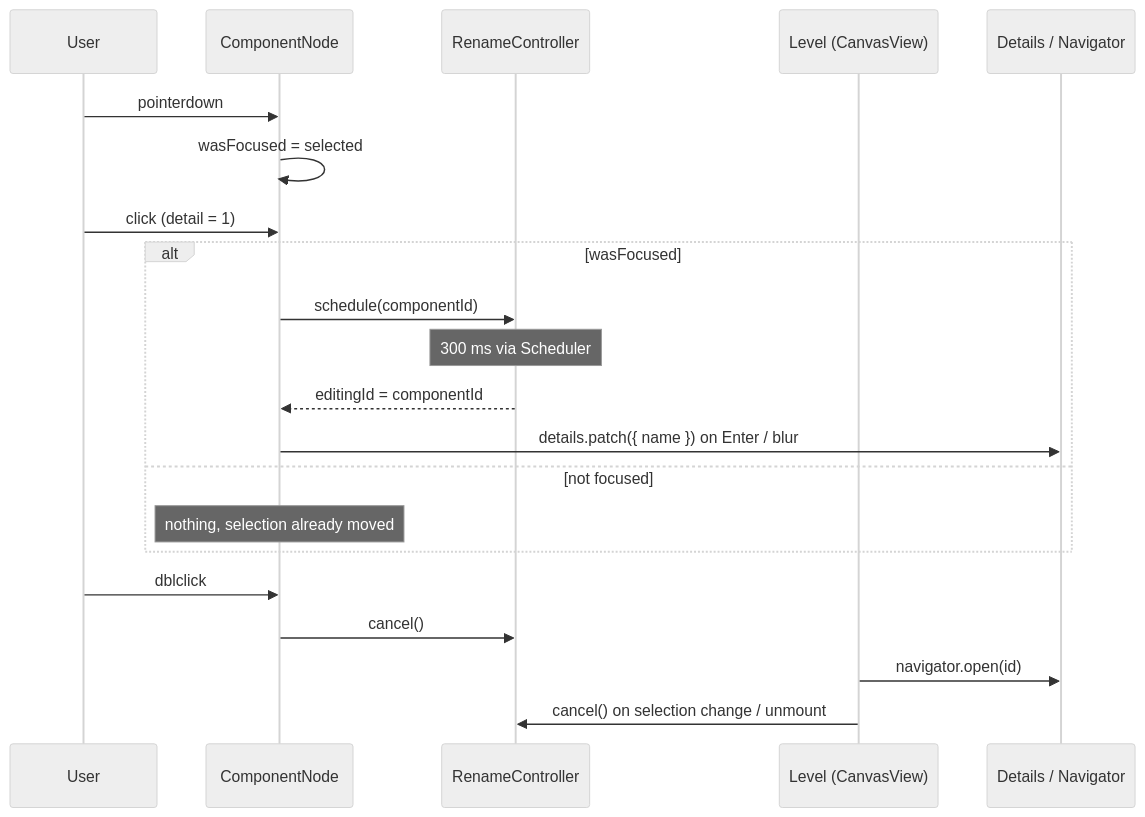
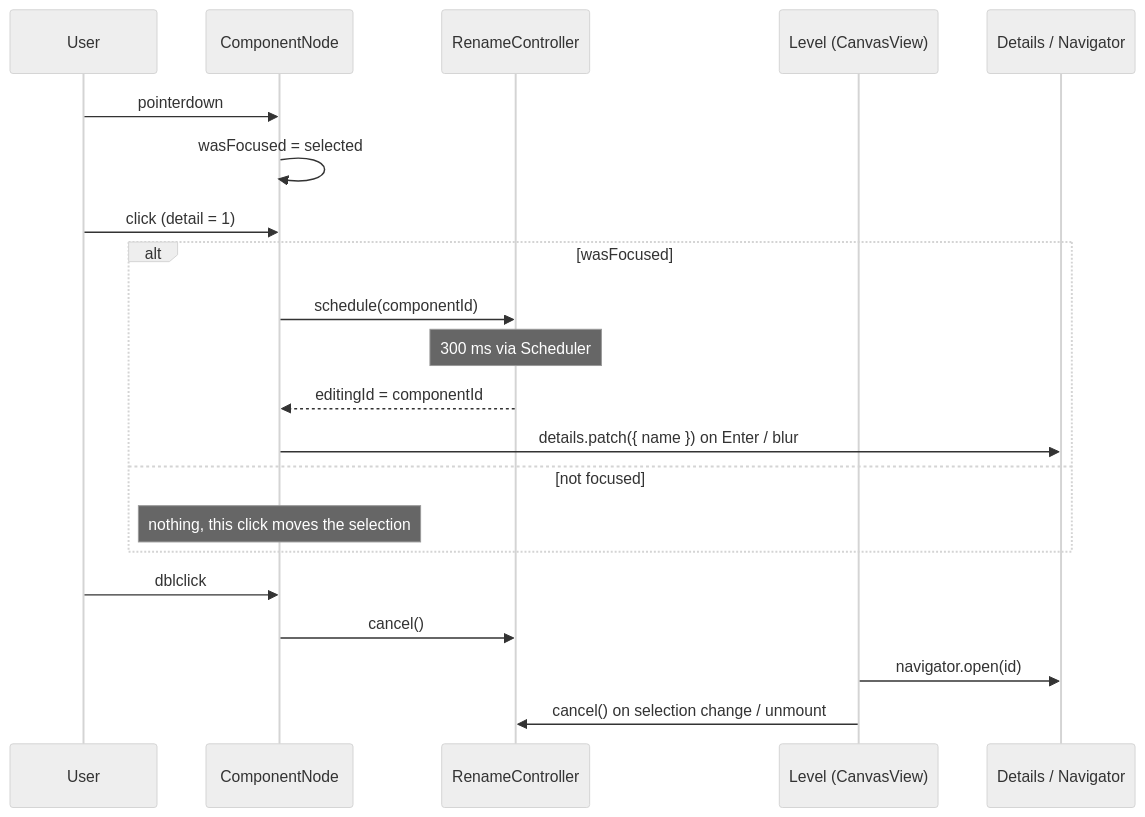
The diagram in .kiro/specs/component-click-interaction/design.md (tylercoz/flow), drawn with Mermaid (neutral theme) before and after one commit. The commit also changed other lines of this file and 18 other files, not shown here.

````diff
--- a/.kiro/specs/component-click-interaction/design.md
+++ b/.kiro/specs/component-click-interaction/design.md
@@ -24,23 +24,23 @@
 ```mermaid
 sequenceDiagram
     participant U as User
     participant N as ComponentNode
     participant R as RenameController
     participant L as Level (CanvasView)
     participant D as Details / Navigator
     U->>N: pointerdown
     N->>N: wasFocused = selected
     U->>N: click (detail = 1)
     alt wasFocused
         N->>R: schedule(componentId)
         Note over R: 300 ms via Scheduler
         R-->>N: editingId = componentId
         N->>D: details.patch({ name }) on Enter / blur
     else not focused
-        Note over N: nothing, selection already moved
+        Note over N: nothing, this click moves the selection
     end
     U->>N: dblclick
     N->>R: cancel()
     L->>D: navigator.open(id)
     L->>R: cancel() on selection change / unmount
 ```
````
